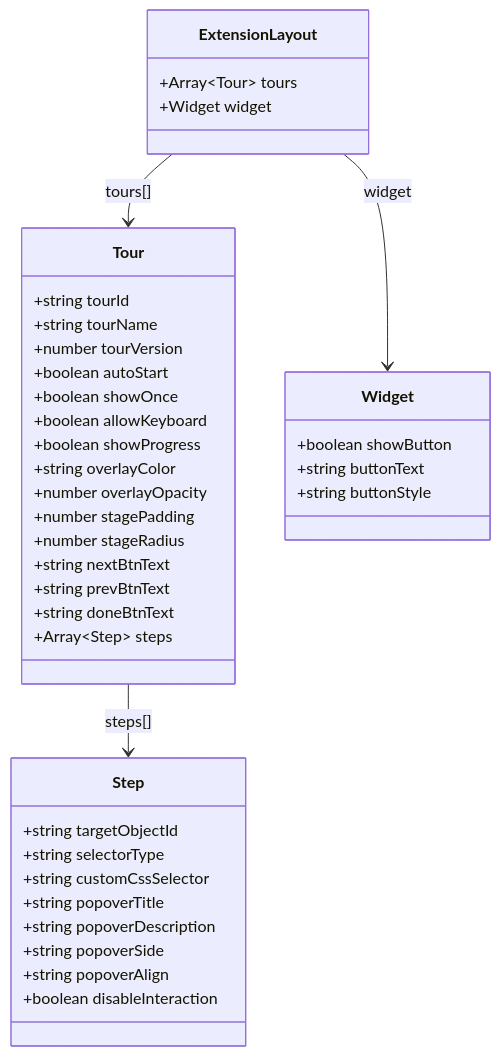
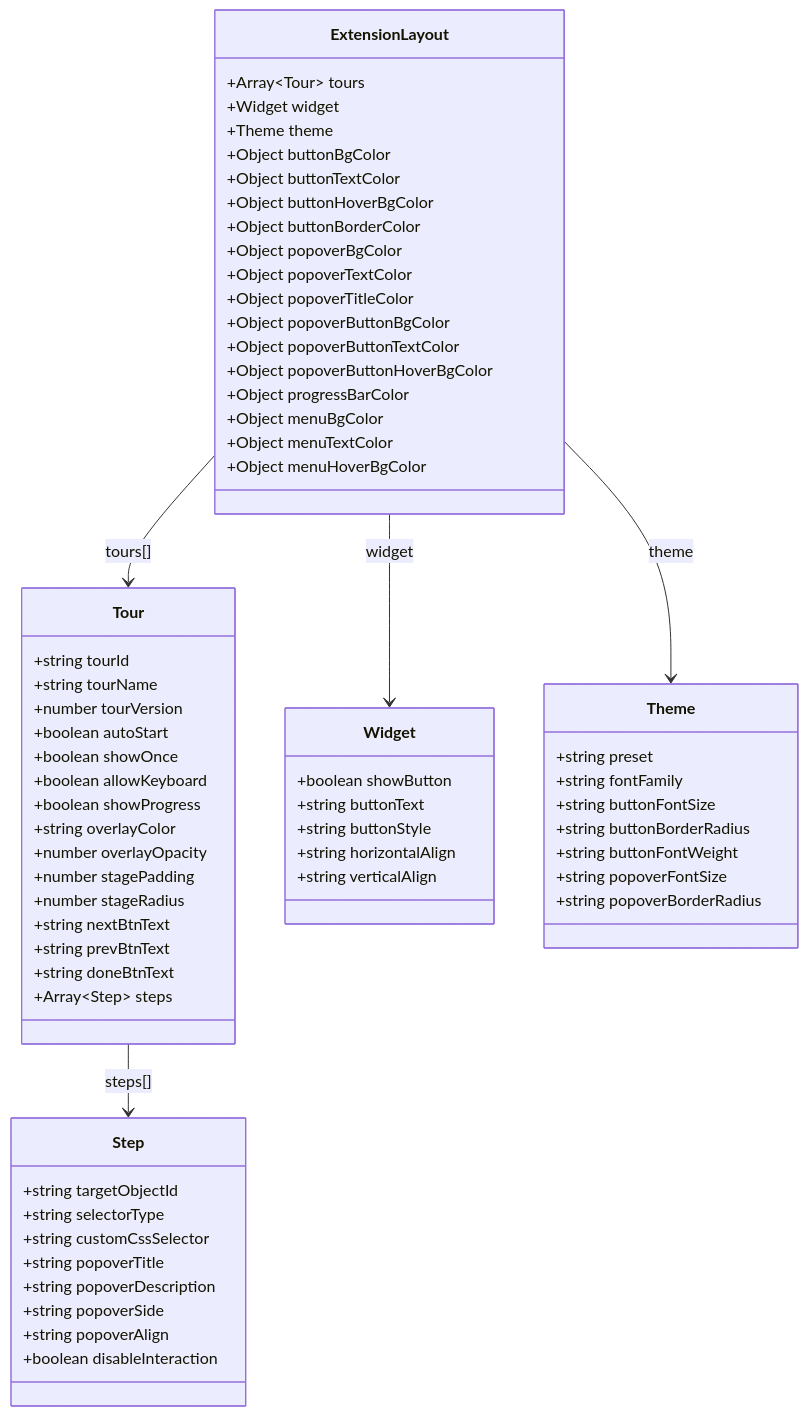
The first of 4 diagrams in docs/TOUR-SYSTEM.md (ptarmiganlabs/onboard.qs), drawn with Mermaid before and after one commit. The commit also changed other lines of this file and 3 other files, not shown here.

Commit message:
Enhance documentation for theme support, CSS selectors, and tour system architecture

````diff
--- a/docs/TOUR-SYSTEM.md
+++ b/docs/TOUR-SYSTEM.md
@@ -9,46 +9,74 @@
 ```mermaid
 classDiagram
     class ExtensionLayout {
         +Array~Tour~ tours
         +Widget widget
+        +Theme theme
+        +Object buttonBgColor
+        +Object buttonTextColor
+        +Object buttonHoverBgColor
+        +Object buttonBorderColor
+        +Object popoverBgColor
+        +Object popoverTextColor
+        +Object popoverTitleColor
+        +Object popoverButtonBgColor
+        +Object popoverButtonTextColor
+        +Object popoverButtonHoverBgColor
+        +Object progressBarColor
+        +Object menuBgColor
+        +Object menuTextColor
+        +Object menuHoverBgColor
     }
 
     class Tour {
         +string tourId
         +string tourName
         +number tourVersion
         +boolean autoStart
         +boolean showOnce
         +boolean allowKeyboard
         +boolean showProgress
         +string overlayColor
         +number overlayOpacity
         +number stagePadding
         +number stageRadius
         +string nextBtnText
         +string prevBtnText
         +string doneBtnText
         +Array~Step~ steps
     }
 
     class Step {
         +string targetObjectId
         +string selectorType
         +string customCssSelector
         +string popoverTitle
         +string popoverDescription
         +string popoverSide
         +string popoverAlign
         +boolean disableInteraction
     }
 
     class Widget {
         +boolean showButton
         +string buttonText
         +string buttonStyle
+        +string horizontalAlign
+        +string verticalAlign
+    }
+
+    class Theme {
+        +string preset
+        +string fontFamily
+        +string buttonFontSize
+        +string buttonBorderRadius
+        +string buttonFontWeight
+        +string popoverFontSize
+        +string popoverBorderRadius
     }
 
     ExtensionLayout --> Tour : tours[]
     ExtensionLayout --> Widget : widget
+    ExtensionLayout --> Theme : theme
     Tour --> Step : steps[]
 ```
````
